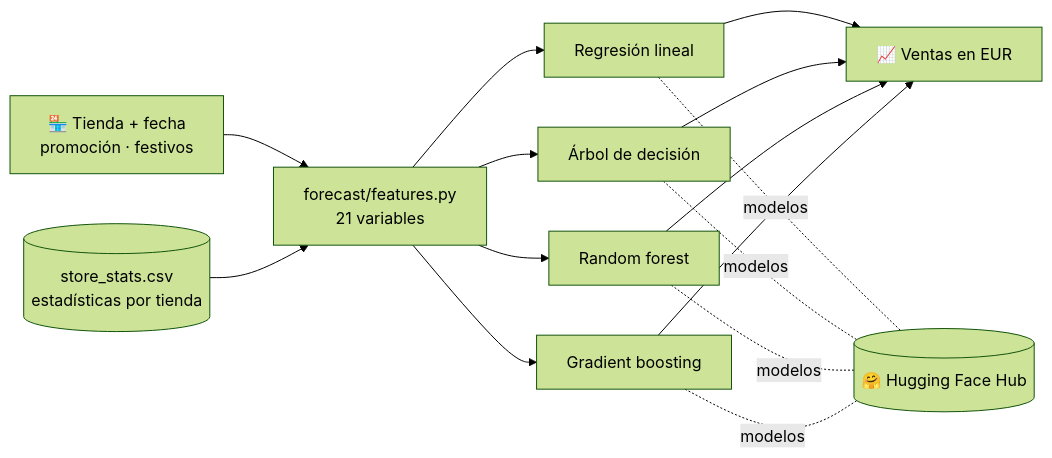
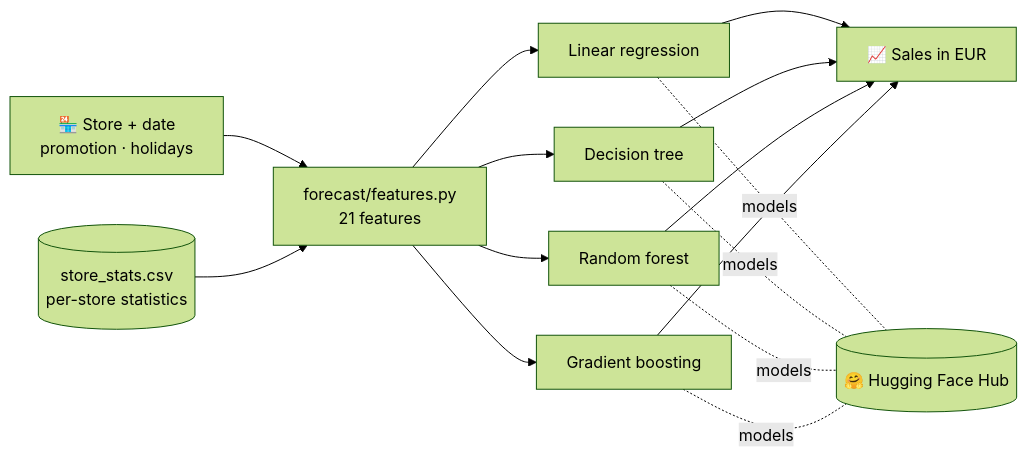
One commit to JTiiz/iron-kaggle changed the diagram in README.md. Above: the diagram before and after it, drawn with Mermaid (forest theme). The commit also changed other lines of this file, not shown here.

````diff
--- a/README.md
+++ b/README.md
@@ -29,11 +29,11 @@
 ```mermaid
 flowchart LR
-    A[🏪 Tienda + fecha<br/>promoción · festivos] --> B[forecast/features.py<br/>21 variables]
-    S[(store_stats.csv<br/>estadísticas por tienda)] --> B
-    B --> C1[Regresión lineal]
-    B --> C2[Árbol de decisión]
+    A[🏪 Store + date<br/>promotion · holidays] --> B[forecast/features.py<br/>21 features]
+    S[(store_stats.csv<br/>per-store statistics)] --> B
+    B --> C1[Linear regression]
+    B --> C2[Decision tree]
     B --> C3[Random forest]
     B --> C4[Gradient boosting]
-    C1 & C2 & C3 & C4 --> D[📈 Ventas en EUR]
-    C1 & C2 & C3 & C4 -. modelos .- H[(🤗 Hugging Face Hub)]
+    C1 & C2 & C3 & C4 --> D[📈 Sales in EUR]
+    C1 & C2 & C3 & C4 -. models .- H[(🤗 Hugging Face Hub)]
 ```
````
